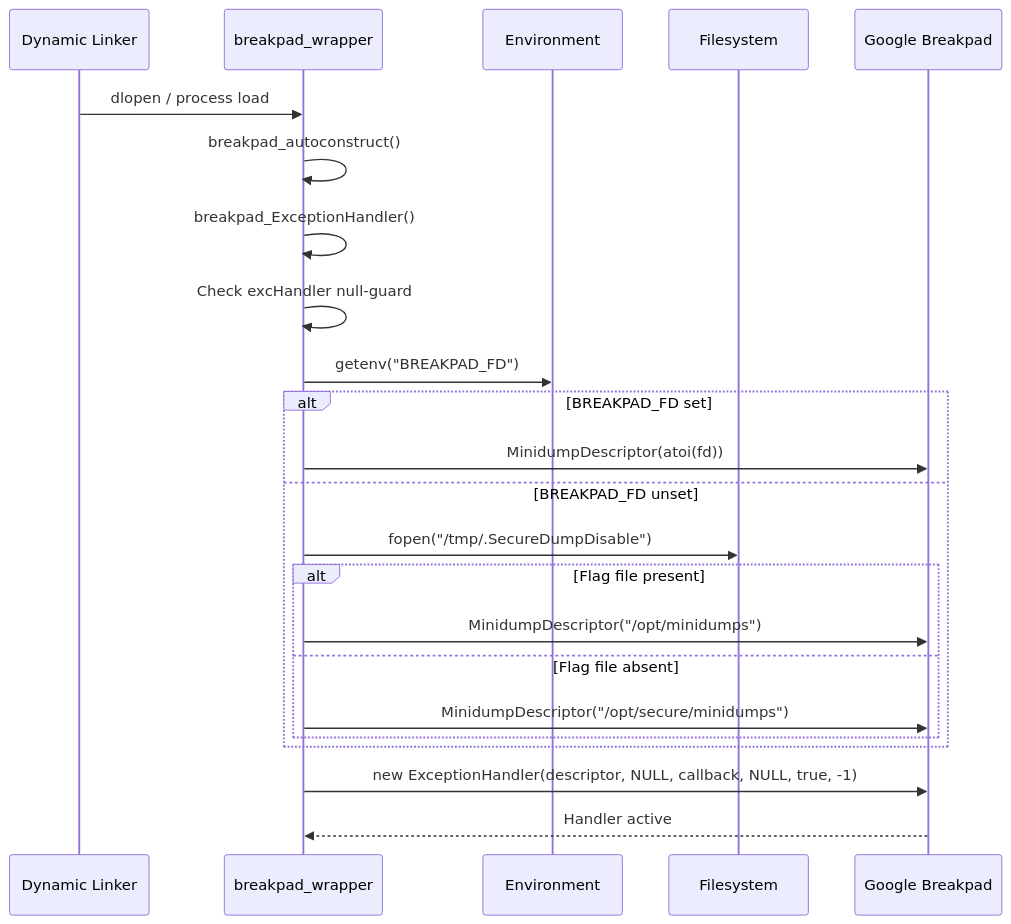
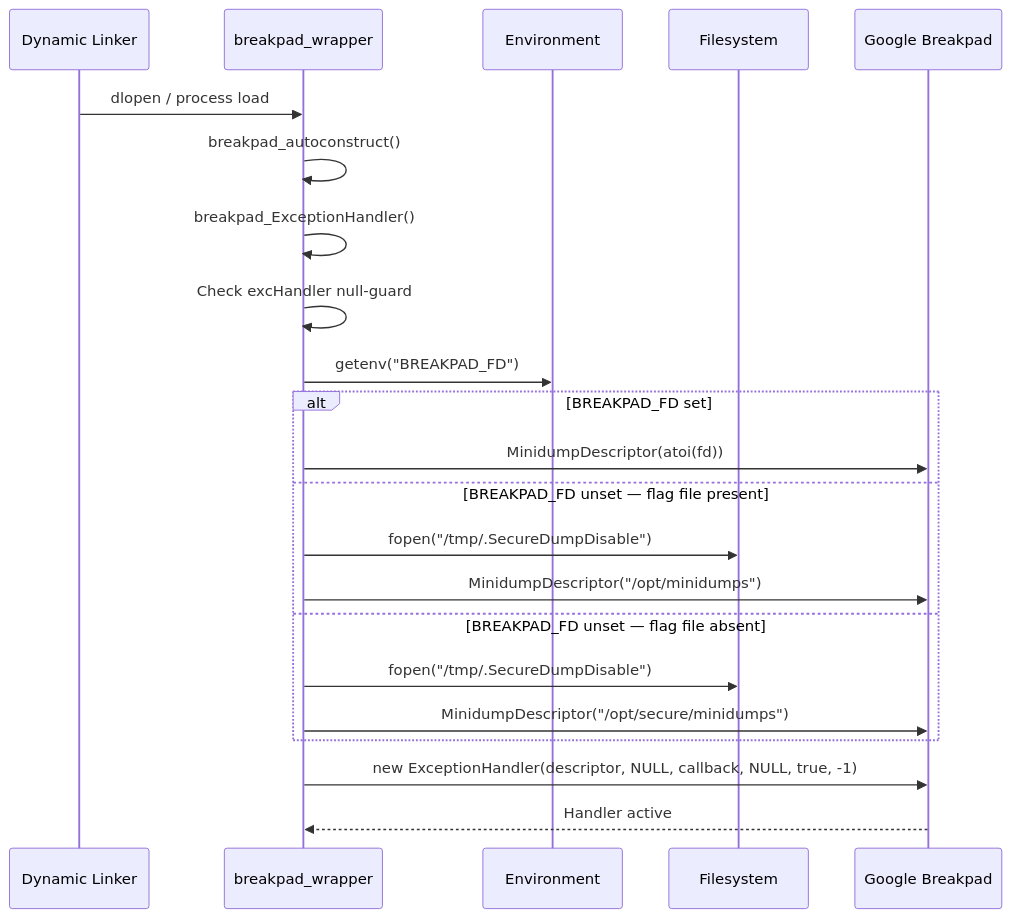
Before and after one commit to rns21/RDK_Documentation: the fourth of 5 diagrams in docs/docu/RDKV-Documentations/breakpad-wrapper.md, drawn with Mermaid. The commit also changed other lines of this file, not shown here.

Commit message:
Revised Breakpad wrapper documentation

````diff
--- a/docs/docu/RDKV-Documentations/breakpad-wrapper.md
+++ b/docs/docu/RDKV-Documentations/breakpad-wrapper.md
@@ -170,28 +160,27 @@
 ```mermaid
 sequenceDiagram
     participant Loader as Dynamic Linker
     participant BPW as breakpad_wrapper
     participant Env as Environment
     participant FS as Filesystem
     participant Breakpad as Google Breakpad
 
     Loader->>BPW: dlopen / process load
     BPW->>BPW: breakpad_autoconstruct()
     BPW->>BPW: breakpad_ExceptionHandler()
     BPW->>BPW: Check excHandler null-guard
     BPW->>Env: getenv("BREAKPAD_FD")
 
     alt BREAKPAD_FD set
         BPW->>Breakpad: MinidumpDescriptor(atoi(fd))
-    else BREAKPAD_FD unset
+    else BREAKPAD_FD unset — flag file present
         BPW->>FS: fopen("/tmp/.SecureDumpDisable")
-        alt Flag file present
-            BPW->>Breakpad: MinidumpDescriptor("/opt/minidumps")
-        else Flag file absent
-            BPW->>Breakpad: MinidumpDescriptor("/opt/secure/minidumps")
-        end
+        BPW->>Breakpad: MinidumpDescriptor("/opt/minidumps")
+    else BREAKPAD_FD unset — flag file absent
+        BPW->>FS: fopen("/tmp/.SecureDumpDisable")
+        BPW->>Breakpad: MinidumpDescriptor("/opt/secure/minidumps")
     end
 
     BPW->>Breakpad: new ExceptionHandler(descriptor, NULL, callback, NULL, true, -1)
     Breakpad-->>BPW: Handler active
 ```
````
